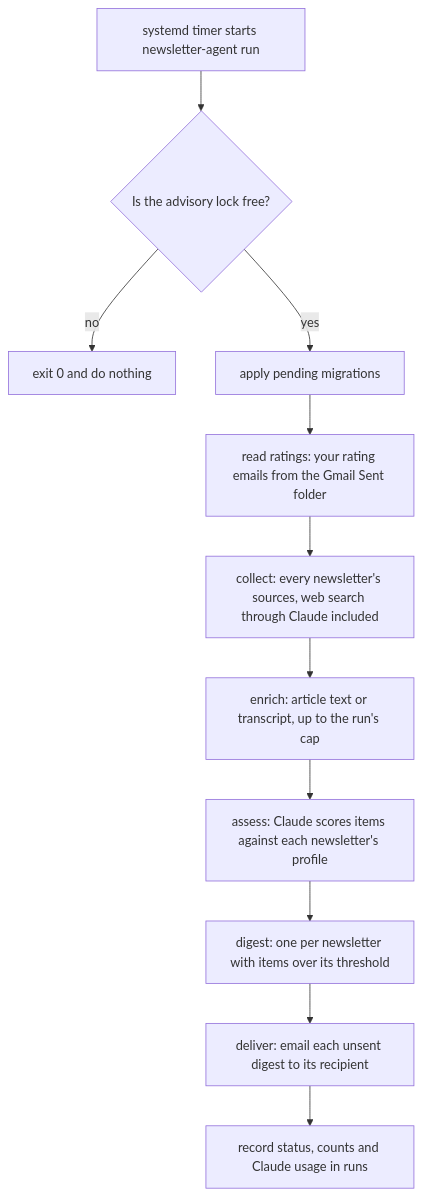
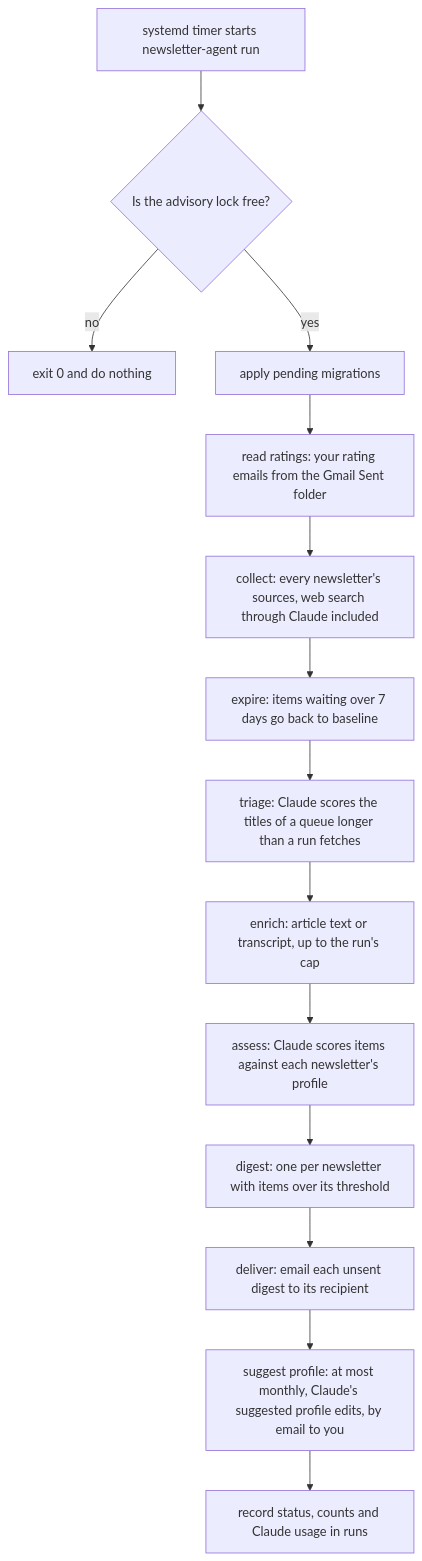
One commit to bezmoradi/newsletter-agent changed the first of 6 diagrams in ARCHITECTURE.md. Above: the diagram before and after it, drawn with Mermaid. The commit also changed other lines of this file and 25 other files, not shown here.

````diff
--- a/ARCHITECTURE.md
+++ b/ARCHITECTURE.md
@@ -165,13 +186,16 @@
 ```mermaid
 flowchart TD
   start["systemd timer starts newsletter-agent run"] --> lock{"Is the advisory lock free?"}
   lock -->|"no"| idle["exit 0 and do nothing"]
   lock -->|"yes"| migrate["apply pending migrations"]
   migrate --> ratings["read ratings: your rating emails from the Gmail Sent folder"]
   ratings --> collect["collect: every newsletter's sources, web search through Claude included"]
-  collect --> enrich["enrich: article text or transcript, up to the run's cap"]
+  collect --> expire["expire: items waiting over 7 days go back to baseline"]
+  expire --> triage["triage: Claude scores the titles of a queue longer than a run fetches"]
+  triage --> enrich["enrich: article text or transcript, up to the run's cap"]
   enrich --> assess["assess: Claude scores items against each newsletter's profile"]
   assess --> digest["digest: one per newsletter with items over its threshold"]
   digest --> deliver["deliver: email each unsent digest to its recipient"]
-  deliver --> record["record status, counts and Claude usage in runs"]
+  deliver --> suggest["suggest profile: at most monthly, Claude's suggested profile edits, by email to you"]
+  suggest --> record["record status, counts and Claude usage in runs"]
 ```
````
